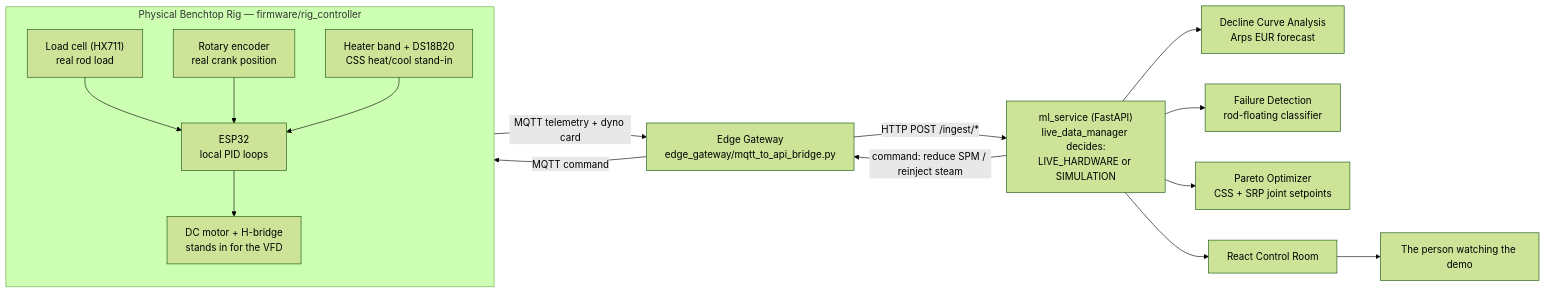
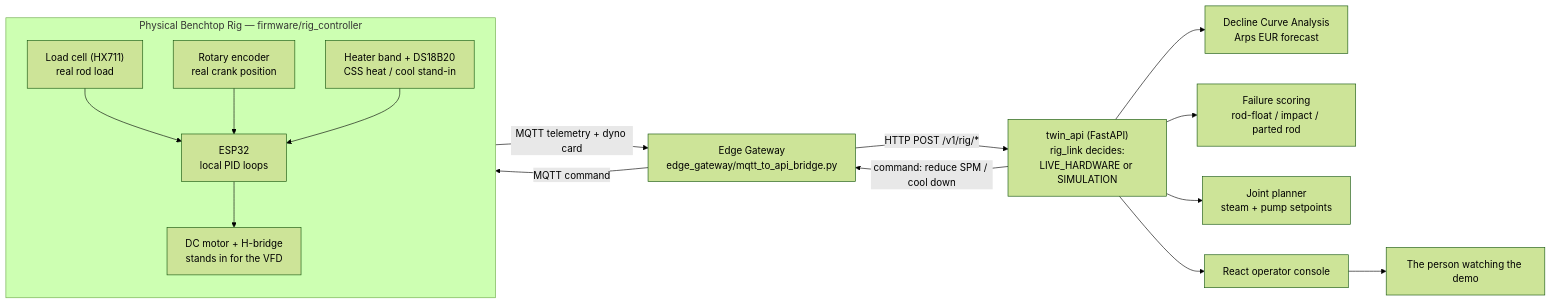
The first of 2 diagrams in README.md (TejasKadam001/drava-SIH2026), drawn with Mermaid (forest theme) before and after one commit. The commit also changed other lines of this file and 217 other files, not shown here.

````diff
--- a/README.md
+++ b/README.md
@@ -38,27 +52,27 @@
 ```mermaid
 flowchart LR
     subgraph RIG["Physical Benchtop Rig — firmware/rig_controller"]
         direction TB
         LC["Load cell (HX711)<br/>real rod load"]
         ENC["Rotary encoder<br/>real crank position"]
-        HTR["Heater band + DS18B20<br/>CSS heat/cool stand-in"]
+        HTR["Heater band + DS18B20<br/>CSS heat / cool stand-in"]
         MOT["DC motor + H-bridge<br/>stands in for the VFD"]
         ESP["ESP32<br/>local PID loops"]
         LC --> ESP
         ENC --> ESP
         HTR --> ESP
         ESP --> MOT
     end
 
     ESP -->|MQTT telemetry + dyno card| EDGE["Edge Gateway<br/>edge_gateway/mqtt_to_api_bridge.py"]
-    EDGE -->|HTTP POST /ingest/*| ML["ml_service (FastAPI)<br/>live_data_manager decides:<br/>LIVE_HARDWARE or SIMULATION"]
+    EDGE -->|HTTP POST /v1/rig/*| API["twin_api (FastAPI)<br/>rig_link decides:<br/>LIVE_HARDWARE or SIMULATION"]
 
-    ML --> DCA["Decline Curve Analysis<br/>Arps EUR forecast"]
-    ML --> FAIL["Failure Detection<br/>rod-floating classifier"]
-    ML --> OPT["Pareto Optimizer<br/>CSS + SRP joint setpoints"]
-    ML -->|command: reduce SPM / reinject steam| EDGE
+    API --> DCA["Decline Curve Analysis<br/>Arps EUR forecast"]
+    API --> FAIL["Failure scoring<br/>rod-float / impact / parted rod"]
+    API --> PLAN["Joint planner<br/>steam + pump setpoints"]
+    API -->|command: reduce SPM / cool down| EDGE
     EDGE -->|MQTT command| ESP
 
-    ML --> UI["React Control Room"]
+    API --> UI["React operator console"]
     UI --> JUDGE["The person watching the demo"]
 ```
````
